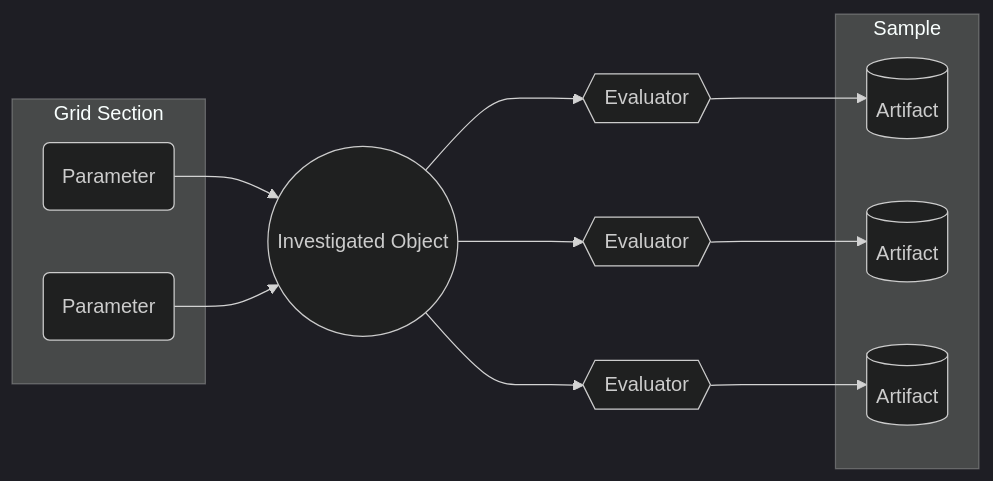
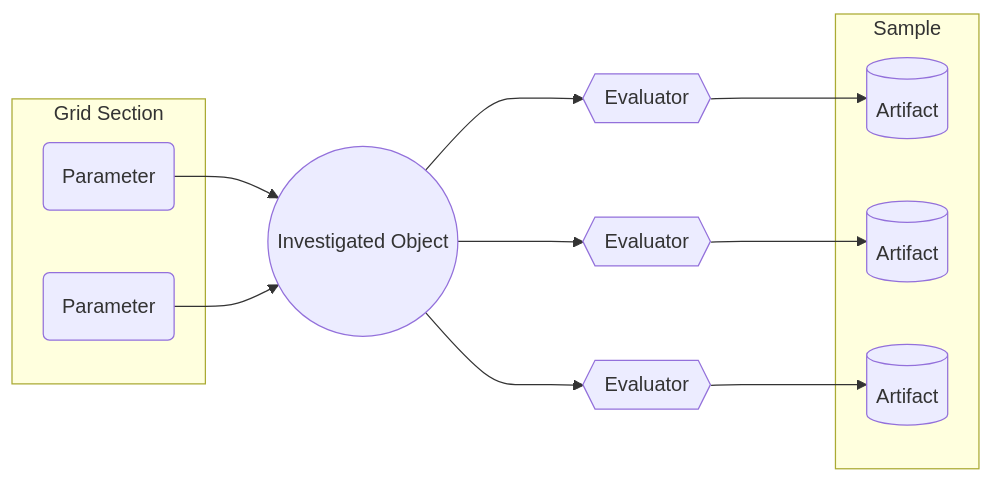
The first of 2 diagrams in docssource/api/core.monte_carlo.rst (Barkhausen-Institut/hermespy), drawn with Mermaid before and after one commit. The commit also changed other lines of this file and 272 other files, not shown here.

```diff
--- a/docssource/api/core.monte_carlo.rst
+++ b/docssource/api/core.monte_carlo.rst
@@ -11,28 +11,27 @@
 .. mermaid::
 
-   %%{init: {'theme': 'dark'}}%%
    flowchart LR
 
    subgraph gridsection[Grid Section]
 
       parameter_a(Parameter)
       parameter_b(Parameter)
    end
 
    object((Investigated Object))
    evaluator_a{{Evaluator}}
    evaluator_b{{Evaluator}}
    evaluator_c{{Evaluator}}
 
    subgraph sample[Sample]
 
        artifact_a[(Artifact)]
        artifact_b[(Artifact)]
        artifact_c[(Artifact)]
    end
 
    parameter_a --> object
    parameter_b --> object
    object ---> evaluator_a ---> artifact_a
    object ---> evaluator_b ---> artifact_b
    object ---> evaluator_c ---> artifact_c
```
